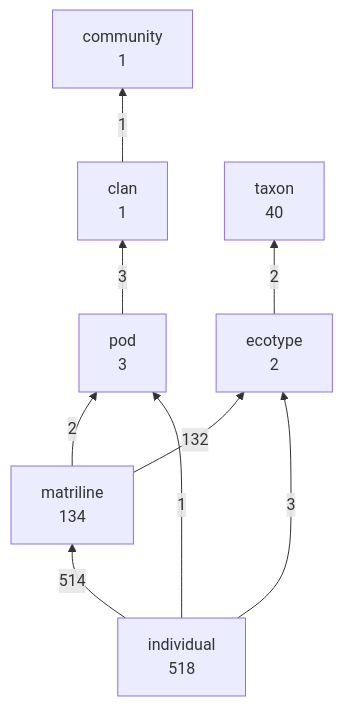
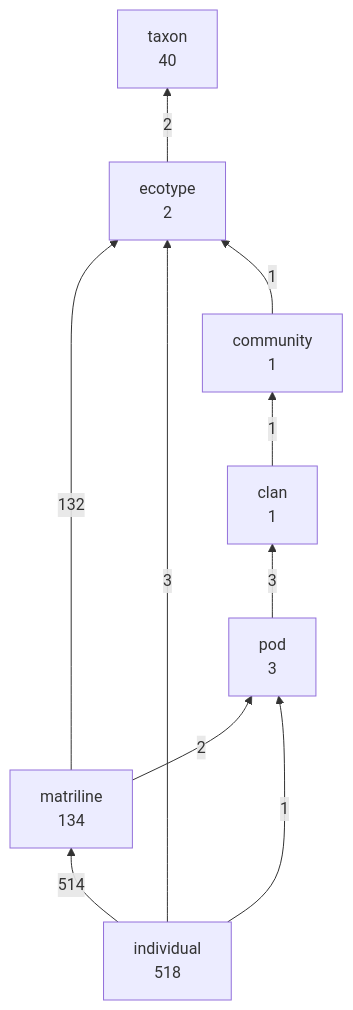
The first of 2 diagrams in dist/structure.md (salish-sea/animals), drawn with Mermaid before and after one commit. The commit also changed other lines of this file and 23 other files, not shown here.

First line of the commit message:
Q1: Southern Resident is a community of the Resident ecotype (#30)

````diff
--- a/dist/structure.md
+++ b/dist/structure.md
@@ -11,18 +11,19 @@
 ```mermaid
 graph BT
   clan["clan<br/>1"]
   community["community<br/>1"]
   ecotype["ecotype<br/>2"]
   individual["individual<br/>518"]
   matriline["matriline<br/>134"]
   pod["pod<br/>3"]
   taxon["taxon<br/>40"]
   individual -->|514| matriline
   matriline -->|132| ecotype
   individual -->|3| ecotype
   pod -->|3| clan
   ecotype -->|2| taxon
   matriline -->|2| pod
   clan -->|1| community
+  community -->|1| ecotype
   individual -->|1| pod
 ```
````
